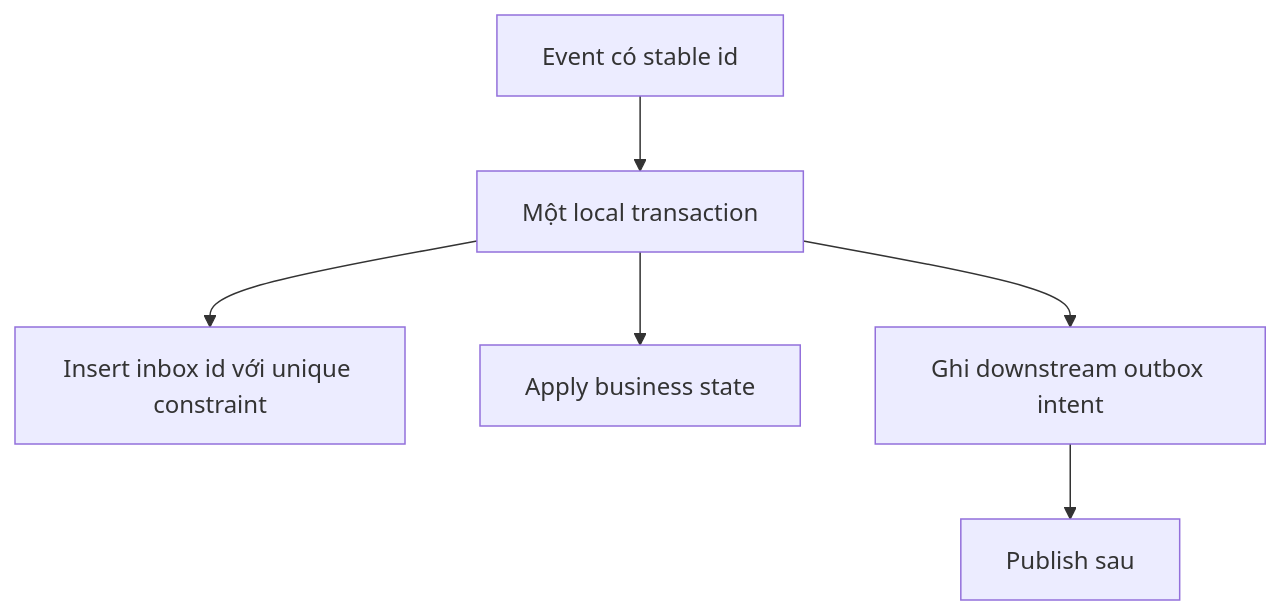
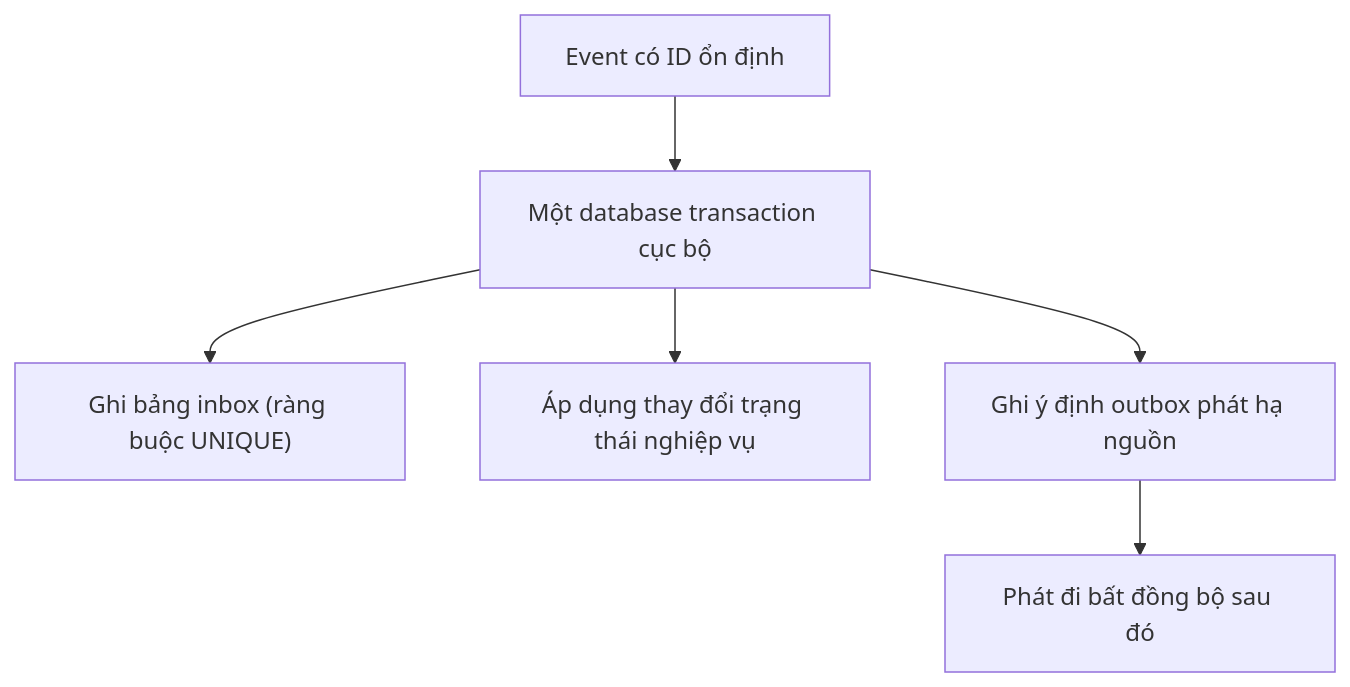
One commit to thucne/software-development-atlas changed the third of 3 diagrams in content/docs/distributed-systems/delivery-semantics.vi.mdx. Above: the diagram before and after it, drawn with Mermaid. The commit also changed other lines of this file and 133 other files, not shown here.

````diff
--- a/content/docs/distributed-systems/delivery-semantics.vi.mdx
+++ b/content/docs/distributed-systems/delivery-semantics.vi.mdx
@@ -113,8 +118,8 @@
 ```mermaid
 flowchart TB
-  E["Event có stable id"] --> T["Một local transaction"]
-  T --> I["Insert inbox id với unique constraint"]
-  T --> S["Apply business state"]
-  T --> O["Ghi downstream outbox intent"]
-  O --> P["Publish sau"]
+  E["Event có ID ổn định"] --> T["Một database transaction cục bộ"]
+  T --> I["Ghi bảng inbox (ràng buộc UNIQUE)"]
+  T --> S["Áp dụng thay đổi trạng thái nghiệp vụ"]
+  T --> O["Ghi ý định outbox phát hạ nguồn"]
+  O --> P["Phát đi bất đồng bộ sau đó"]
 ```
````
